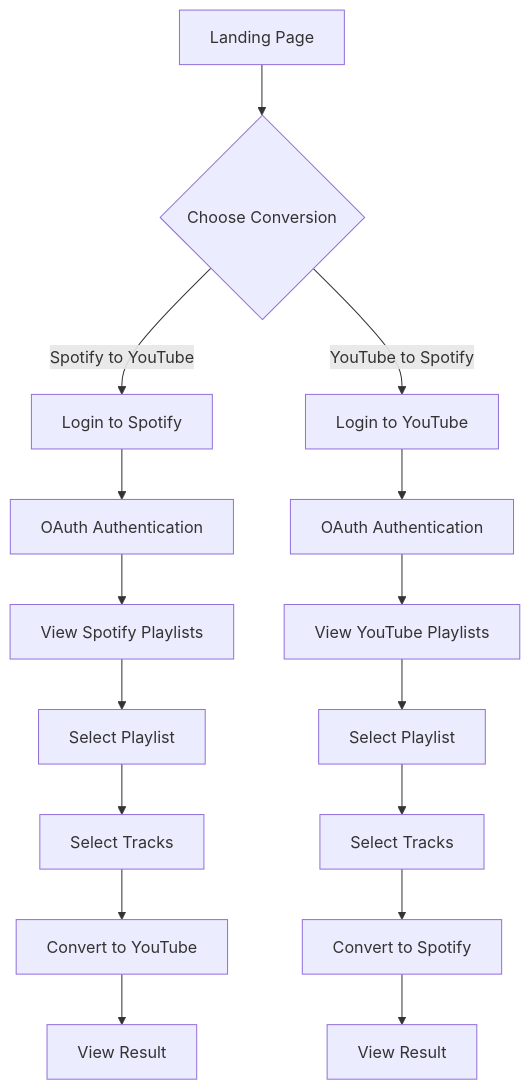
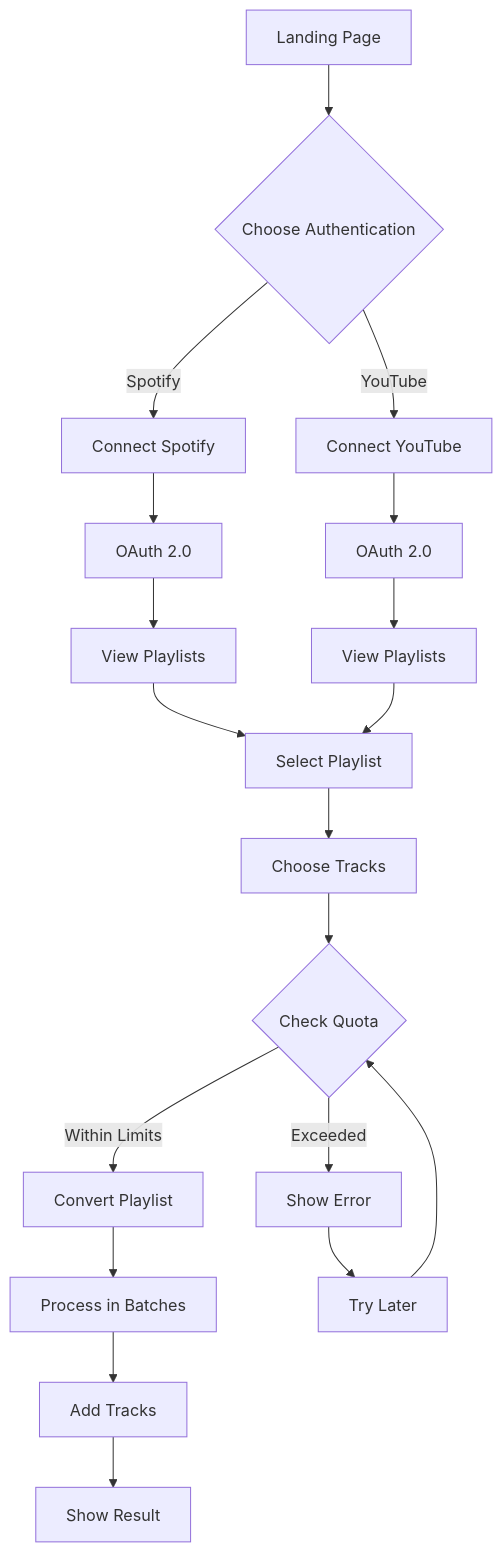
The diagram in README.md (tejuiceB/PlaylistConverter), drawn with Mermaid before and after one commit. The commit also changed other lines of this file and 2 other files, not shown here.

Commit message:
Add architecture documentation for PlaylistConverter, detailing system overview, components, data flow, security measures, and performance optimization

````diff
--- a/README.md
+++ b/README.md
@@ -78,20 +78,28 @@
 ```mermaid
 graph TD
-    A[Landing Page] --> B{Choose Conversion}
-    B -->|Spotify to YouTube| C[Login to Spotify]
-    B -->|YouTube to Spotify| D[Login to YouTube]
+    Start[Landing Page] --> Auth{Choose Authentication}
+    Auth -->|Spotify| SpotifyAuth[Connect Spotify]
+    Auth -->|YouTube| YouTubeAuth[Connect YouTube]
     
-    C --> E[OAuth Authentication]
-    E --> F[View Spotify Playlists]
-    F --> G[Select Playlist]
-    G --> H[Select Tracks]
-    H --> I[Convert to YouTube]
-    I --> J[View Result]
-
-    D --> K[OAuth Authentication]
-    K --> L[View YouTube Playlists]
-    L --> M[Select Playlist]
-    M --> N[Select Tracks]
-    N --> O[Convert to Spotify]
-    O --> P[View Result]
+    SpotifyAuth --> SpotifyOAuth[OAuth 2.0]
+    SpotifyOAuth --> SpotifyPlaylists[View Playlists]
+    
+    YouTubeAuth --> YouTubeOAuth[OAuth 2.0]
+    YouTubeOAuth --> YouTubePlaylists[View Playlists]
+    
+    SpotifyPlaylists --> SelectPlaylist[Select Playlist]
+    YouTubePlaylists --> SelectPlaylist
+    
+    SelectPlaylist --> SelectTracks[Choose Tracks]
+    SelectTracks --> Quota{Check Quota}
+    
+    Quota -->|Within Limits| Convert[Convert Playlist]
+    Quota -->|Exceeded| Error[Show Error]
+    
+    Convert --> BatchProcess[Process in Batches]
+    BatchProcess --> AddTracks[Add Tracks]
+    AddTracks --> Result[Show Result]
+    
+    Error --> Retry[Try Later]
+    Retry --> Quota
 ```
````
